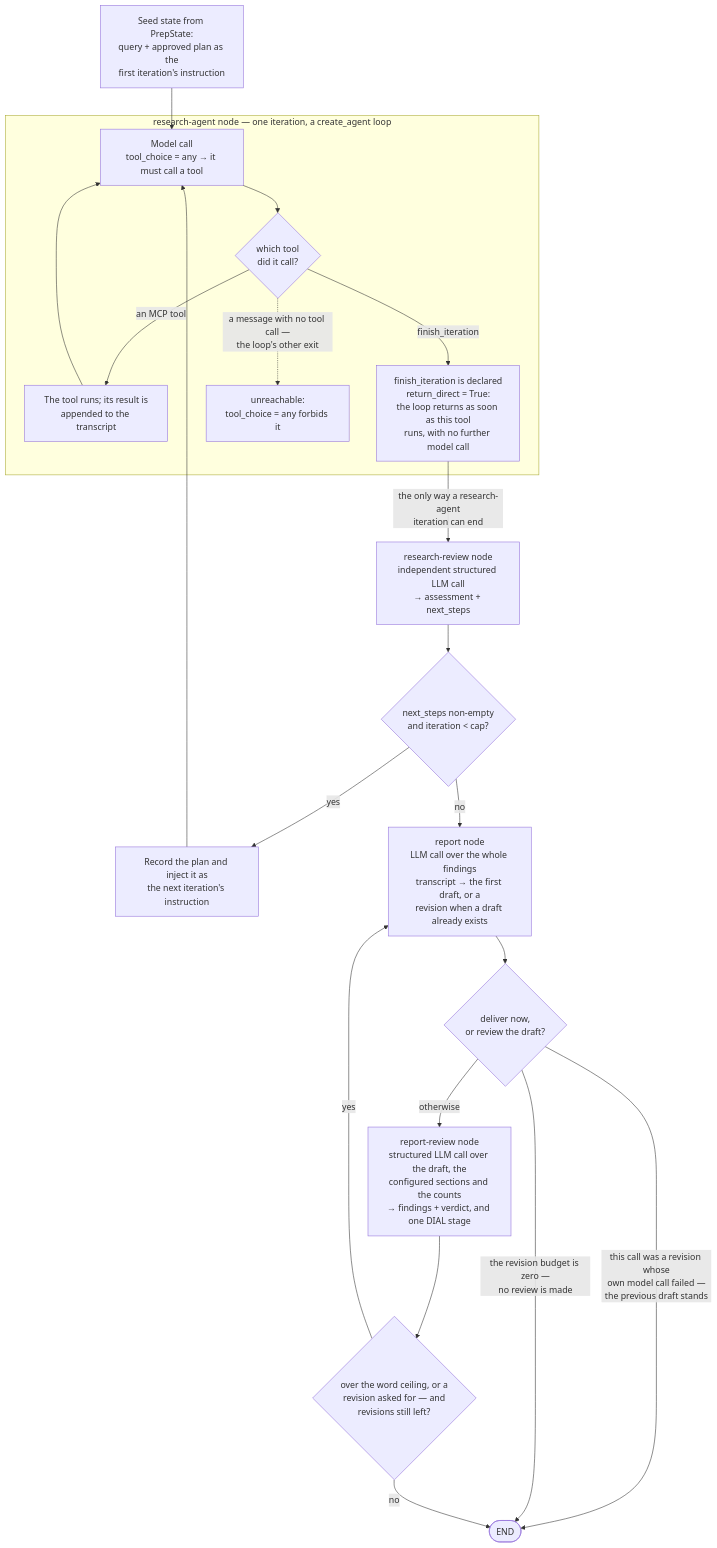
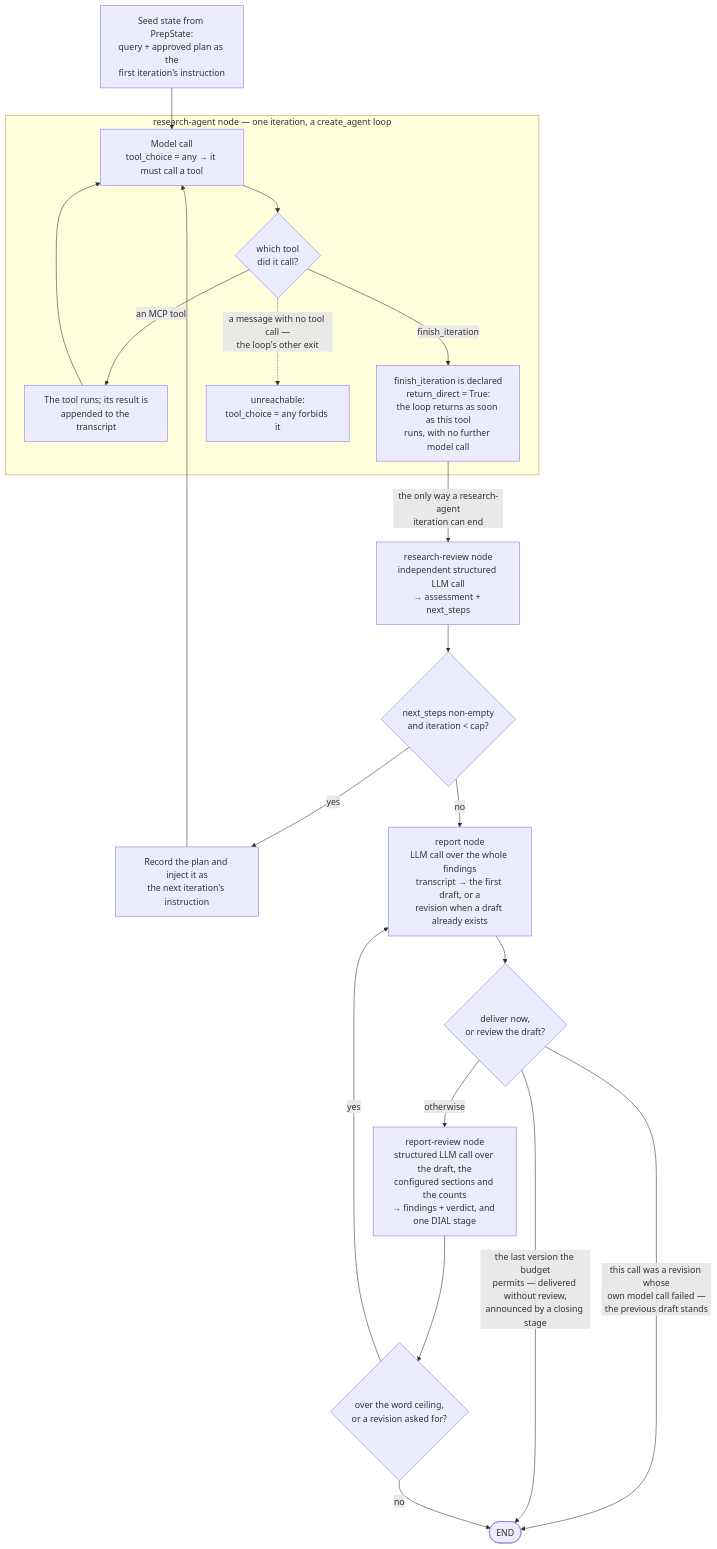
The second of 2 diagrams in docs/architecture.md (epam/ai-dial-deep-research-backend), drawn with Mermaid before and after one commit. The commit also changed other lines of this file and 23 other files, not shown here.

````diff
--- a/docs/architecture.md
+++ b/docs/architecture.md
@@ -122,26 +122,26 @@
 ```mermaid
 flowchart TD
     seed["Seed state from PrepState:<br/>query + approved plan as the<br/>first iteration's instruction"] --> model
 
     subgraph research_agent_sub["research-agent node — one iteration, a create_agent loop"]
         model["Model call<br/>tool_choice = any → it must call a tool"]
         model --> which{"which tool<br/>did it call?"}
         which -->|"an MCP tool"| mcp["The tool runs; its result is<br/>appended to the transcript"]
         mcp --> model
         which -->|"finish_iteration"| fin["finish_iteration is declared<br/>return_direct = True:<br/>the loop returns as soon as this tool<br/>runs, with no further model call"]
         which -.->|"a message with no tool call —<br/>the loop's other exit"| blocked["unreachable:<br/>tool_choice = any forbids it"]
     end
 
     fin -->|"the only way a research-agent<br/>iteration can end"| research_review["research-review node<br/>independent structured LLM call<br/>→ assessment + next_steps"]
     research_review --> route{"next_steps non-empty<br/>and iteration &lt; cap?"}
     route -->|yes| nextplan["Record the plan and inject it as<br/>the next iteration's instruction"]
     nextplan --> model
     route -->|no| report["report node<br/>LLM call over the whole findings<br/>transcript → the first draft, or a<br/>revision when a draft already exists"]
     report --> afterreport{"deliver now,<br/>or review the draft?"}
     afterreport -->|"this call was a revision whose<br/>own model call failed —<br/>the previous draft stands"| finaldone(["END"])
-    afterreport -->|"the revision budget is zero —<br/>no review is made"| finaldone
+    afterreport -->|"the last version the budget<br/>permits — delivered without review,<br/>announced by a closing stage"| finaldone
     afterreport -->|"otherwise"| report_review["report-review node<br/>structured LLM call over the draft, the<br/>configured sections and the counts<br/>→ findings + verdict, and one DIAL stage"]
-    report_review --> reroute{"over the word ceiling, or a<br/>revision asked for — and<br/>revisions still left?"}
+    report_review --> reroute{"over the word ceiling,<br/>or a revision asked for?"}
     reroute -->|yes| report
     reroute -->|no| finaldone
 ```
````
